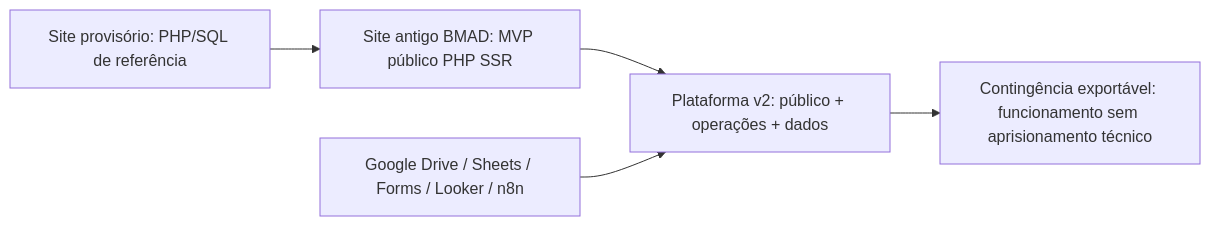
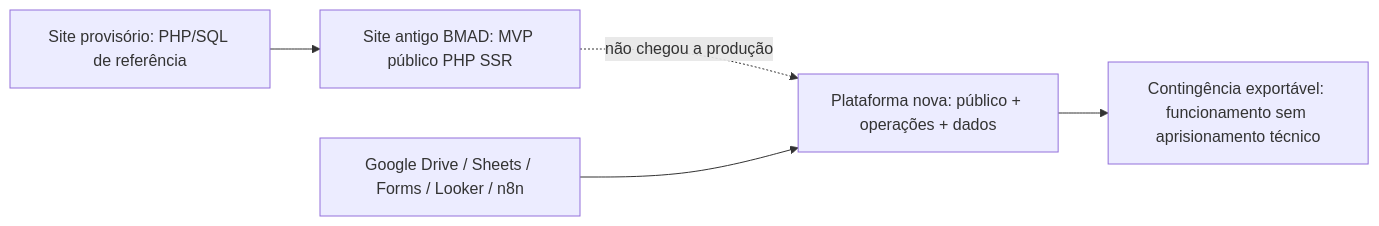
One commit to grupoquarentena/site changed the first of 4 diagrams in ProductBrief.md. Above: the diagram before and after it, drawn with Mermaid. The commit also changed other lines of this file and 4 other files, not shown here.

````diff
--- a/ProductBrief.md
+++ b/ProductBrief.md
@@ -23,7 +23,7 @@
 ```mermaid
 flowchart LR
   P[Site provisório: PHP/SQL de referência] --> M[Site antigo BMAD: MVP público PHP SSR]
-  M --> N[Plataforma v2: público + operações + dados]
+  M -. não chegou a produção .-> N[Plataforma nova: público + operações + dados]
   L[Google Drive / Sheets / Forms / Looker / n8n] --> N
   N --> T[Contingência exportável: funcionamento sem aprisionamento técnico]
 ```
````
